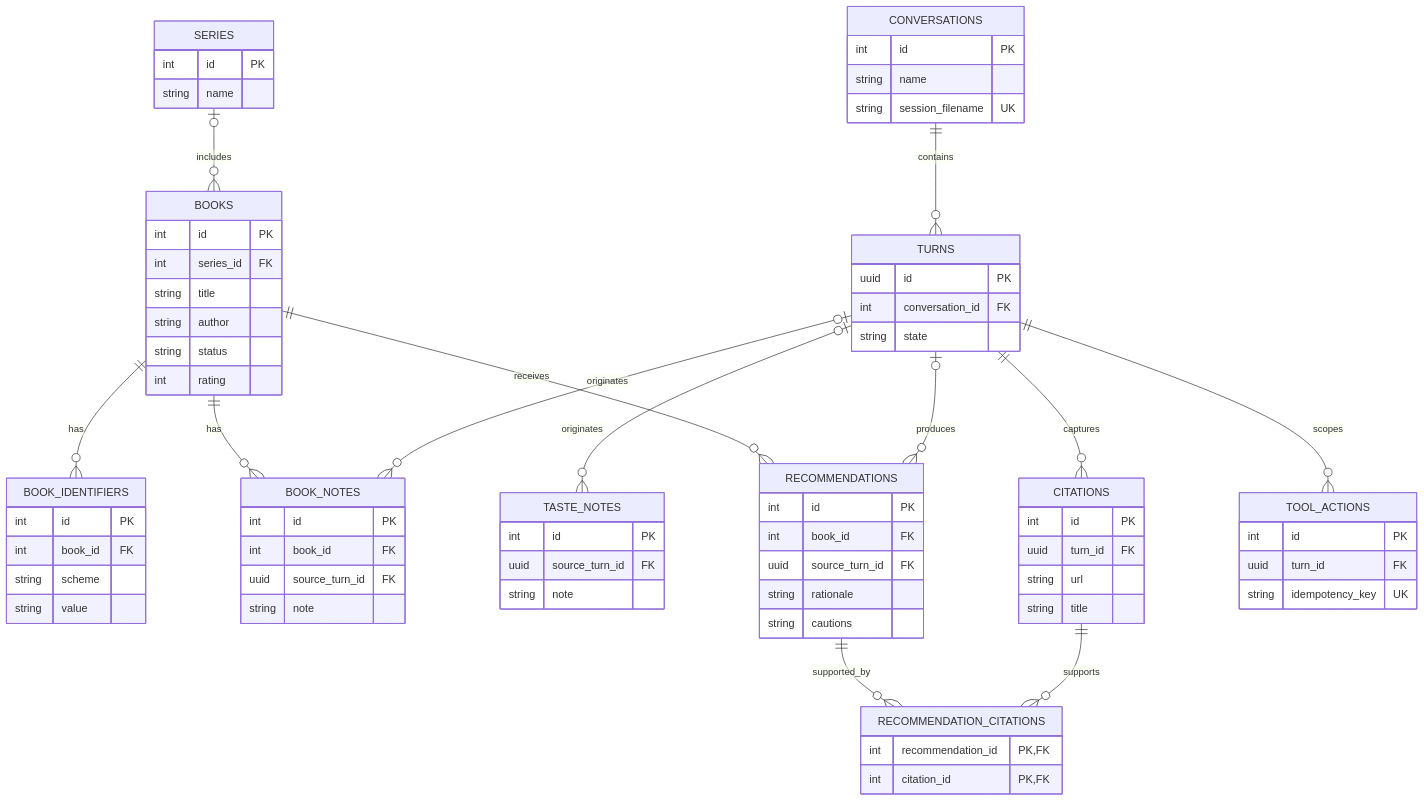
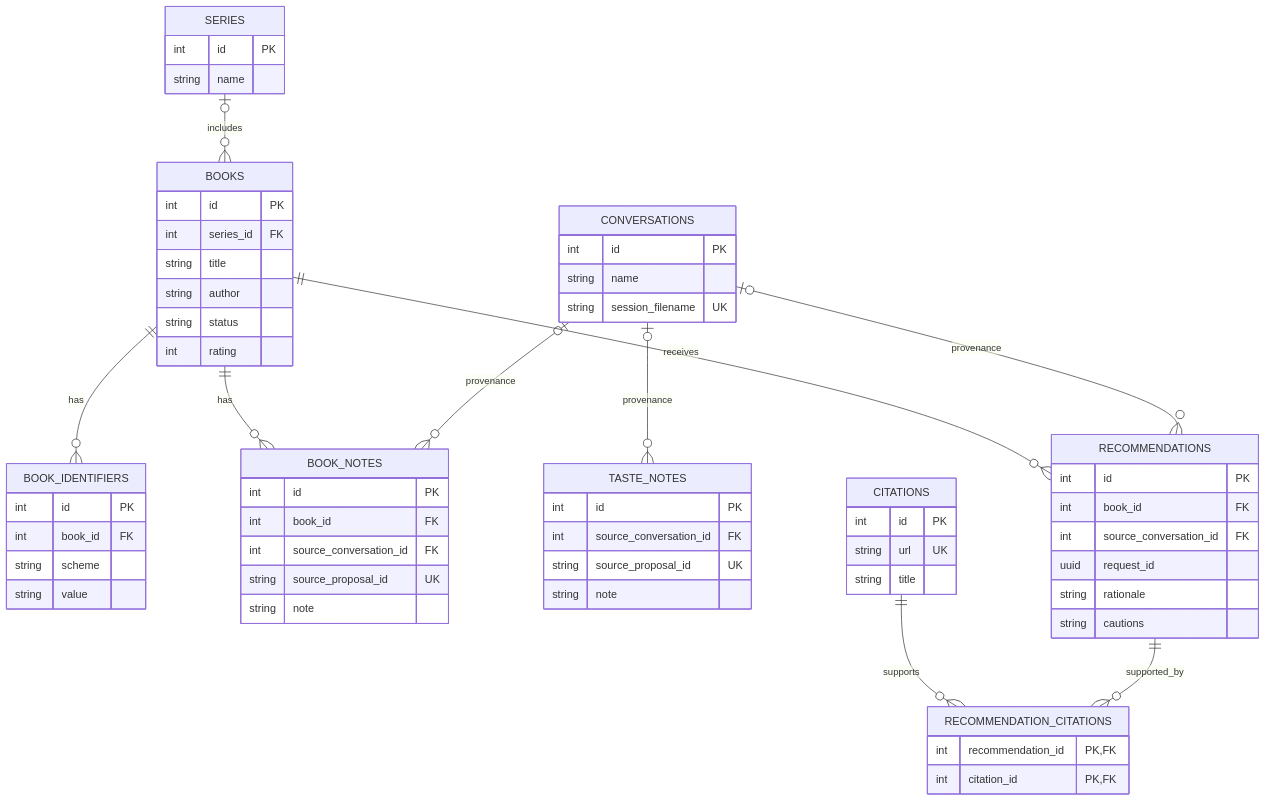
One commit to kthorn/book-explorer changed the diagram in docs/superpowers/specs/2026-08-29-book-explorer-design.md. Above: the diagram before and after it, drawn with Mermaid. The commit also changed other lines of this file, not shown here.

Commit message:
docs: simplify Book Explorer persistence

````diff
--- a/docs/superpowers/specs/2026-08-29-book-explorer-design.md
+++ b/docs/superpowers/specs/2026-08-29-book-explorer-design.md
@@ -95,77 +93,66 @@
 ```mermaid
 erDiagram
     CONVERSATIONS {
         int id PK
         string name
         string session_filename UK
-    }
-    TURNS {
-        uuid id PK
-        int conversation_id FK
-        string state
     }
     BOOKS {
         int id PK
         int series_id FK
         string title
         string author
         string status
         int rating
     }
     BOOK_IDENTIFIERS {
         int id PK
         int book_id FK
         string scheme
         string value
     }
     BOOK_NOTES {
         int id PK
         int book_id FK
-        uuid source_turn_id FK
+        int source_conversation_id FK
+        string source_proposal_id UK
         string note
     }
     TASTE_NOTES {
         int id PK
-        uuid source_turn_id FK
+        int source_conversation_id FK
+        string source_proposal_id UK
         string note
     }
     RECOMMENDATIONS {
         int id PK
         int book_id FK
-        uuid source_turn_id FK
+        int source_conversation_id FK
+        uuid request_id
         string rationale
         string cautions
     }
     CITATIONS {
         int id PK
-        uuid turn_id FK
-        string url
+        string url UK
         string title
     }
     RECOMMENDATION_CITATIONS {
         int recommendation_id PK,FK
         int citation_id PK,FK
     }
-    TOOL_ACTIONS {
-        int id PK
-        uuid turn_id FK
-        string idempotency_key UK
-    }
     SERIES {
         int id PK
         string name
     }
 
-    CONVERSATIONS ||--o{ TURNS : contains
+    CONVERSATIONS o|--o{ BOOK_NOTES : provenance
+    CONVERSATIONS o|--o{ TASTE_NOTES : provenance
+    CONVERSATIONS o|--o{ RECOMMENDATIONS : provenance
     SERIES o|--o{ BOOKS : includes
     BOOKS ||--o{ BOOK_IDENTIFIERS : has
     BOOKS ||--o{ BOOK_NOTES : has
     BOOKS ||--o{ RECOMMENDATIONS : receives
-    TURNS o|--o{ BOOK_NOTES : originates
-    TURNS o|--o{ TASTE_NOTES : originates
-    TURNS o|--o{ RECOMMENDATIONS : produces
-    TURNS ||--o{ CITATIONS : captures
-    TURNS ||--o{ TOOL_ACTIONS : scopes
     RECOMMENDATIONS ||--o{ RECOMMENDATION_CITATIONS : supported_by
     CITATIONS ||--o{ RECOMMENDATION_CITATIONS : supports
 ```
````
